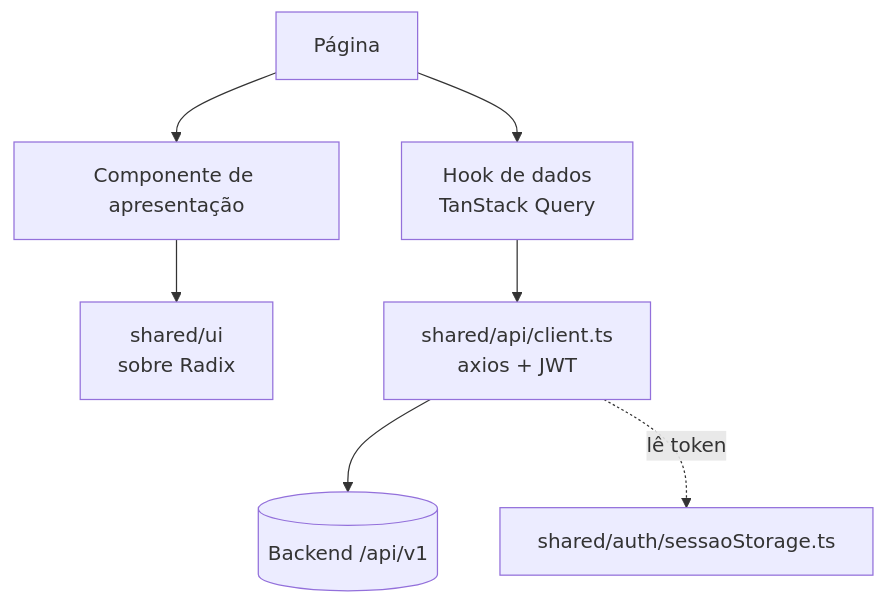
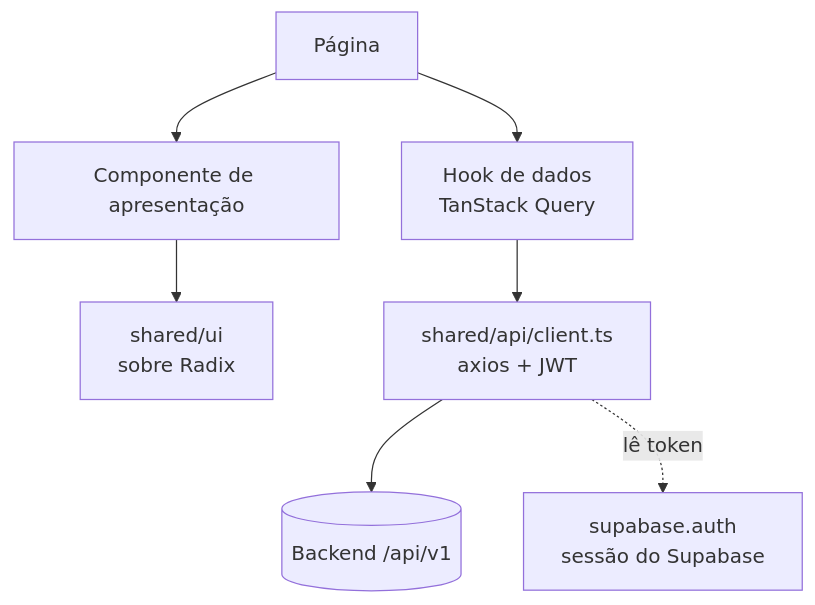
One commit to eksdat/tens-fes-web changed the second of 6 diagrams in frontend/README.md. Above: the diagram before and after it, drawn with Mermaid. The commit also changed other lines of this file and 4 other files, not shown here.

````diff
--- a/frontend/README.md
+++ b/frontend/README.md
@@ -148,9 +153,9 @@
 ```mermaid
 flowchart TB
     Page[Página] --> Hook[Hook de dados<br/>TanStack Query]
     Page --> Comp[Componente de apresentação]
     Comp --> UI[shared/ui<br/>sobre Radix]
     Hook --> Client[shared/api/client.ts<br/>axios + JWT]
     Client --> API[(Backend /api/v1)]
-    Client -.lê token.-> Storage[shared/auth/sessaoStorage.ts]
+    Client -.lê token.-> Sessao[supabase.auth<br/>sessão do Supabase]
 ```
````
